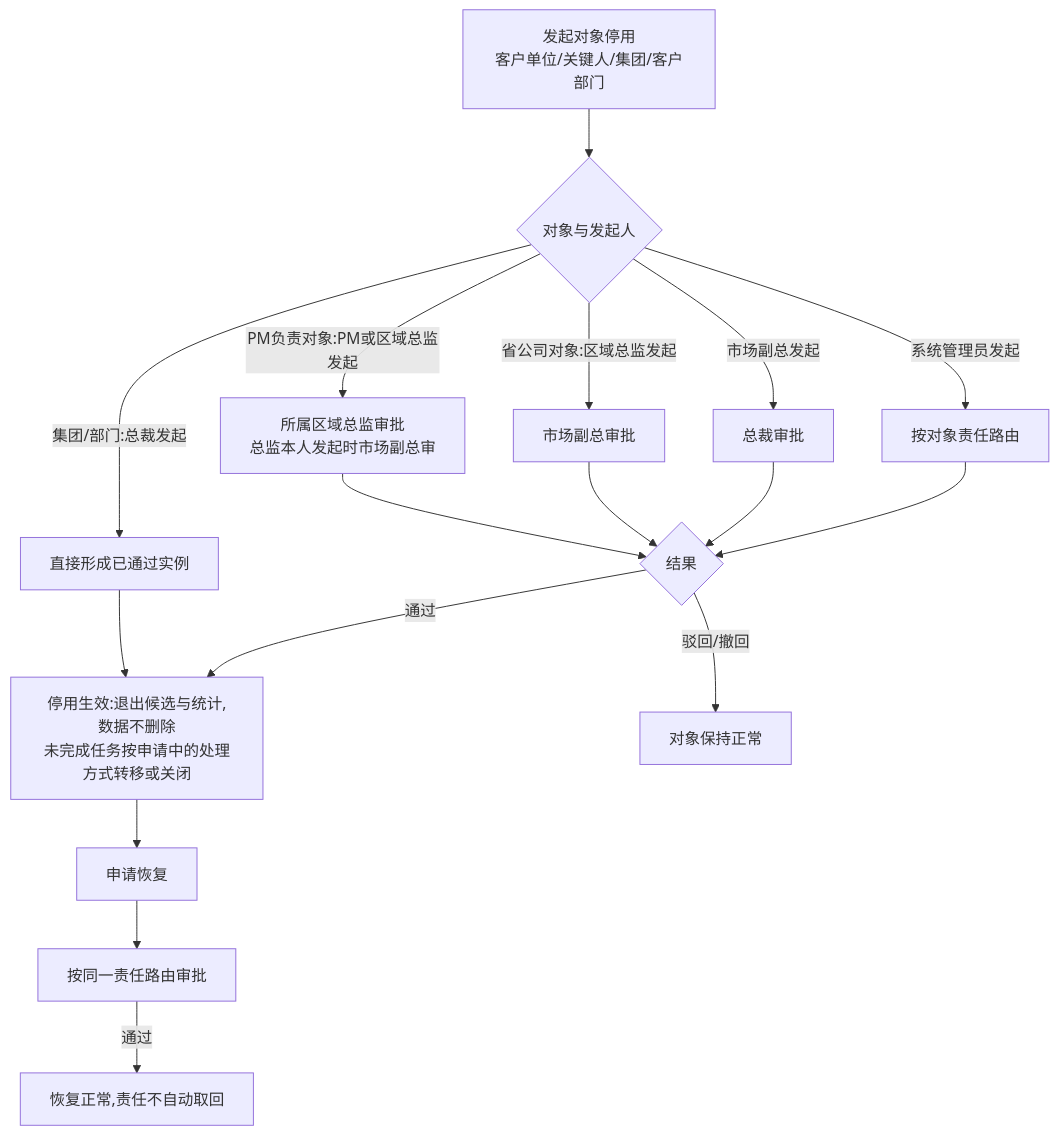
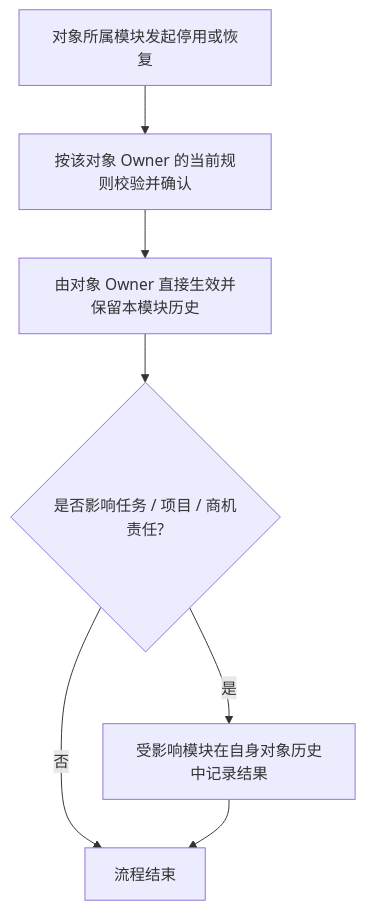
One commit to Joker-1030/Yingjia-Internal-Management-System changed the diagram in prd-workspace/current/user-flows/FLOW-13-M05-deactivation-and-restore.md. Above: the diagram before and after it, drawn with Mermaid. The commit also changed other lines of this file and 83 other files, not shown here.

````diff
--- a/prd-workspace/current/user-flows/FLOW-13-M05-deactivation-and-restore.md
+++ b/prd-workspace/current/user-flows/FLOW-13-M05-deactivation-and-restore.md
@@ -36,19 +7,9 @@
 ```mermaid
 flowchart TD
-    A[发起对象停用<br/>客户单位/关键人/集团/客户部门] --> B{对象与发起人}
-    B -- PM负责对象:PM或区域总监发起 --> C[所属区域总监审批<br/>总监本人发起时市场副总审]
-    B -- 省公司对象:区域总监发起 --> D[市场副总审批]
-    B -- 市场副总发起 --> E[总裁审批]
-    B -- 系统管理员发起 --> F[按对象责任路由]
-    B -- 集团/部门:总裁发起 --> G[直接形成已通过实例]
-    C --> H{结果}
-    D --> H
-    E --> H
-    F --> H
-    G --> I
-    H -- 驳回/撤回 --> J[对象保持正常]
-    H -- 通过 --> I[停用生效:退出候选与统计,数据不删除<br/>未完成任务按申请中的处理方式转移或关闭]
-    I --> K[申请恢复]
-    K --> L[按同一责任路由审批]
-    L -- 通过 --> M[恢复正常,责任不自动取回]
+    A[对象所属模块发起停用或恢复] --> B[按该对象 Owner 的当前规则校验并确认]
+    B --> C[由对象 Owner 直接生效并保留本模块历史]
+    C --> D{是否影响任务 / 项目 / 商机责任?}
+    D -- 是 --> E[受影响模块在自身对象历史中记录结果]
+    D -- 否 --> F[流程结束]
+    E --> F
 ```
````
